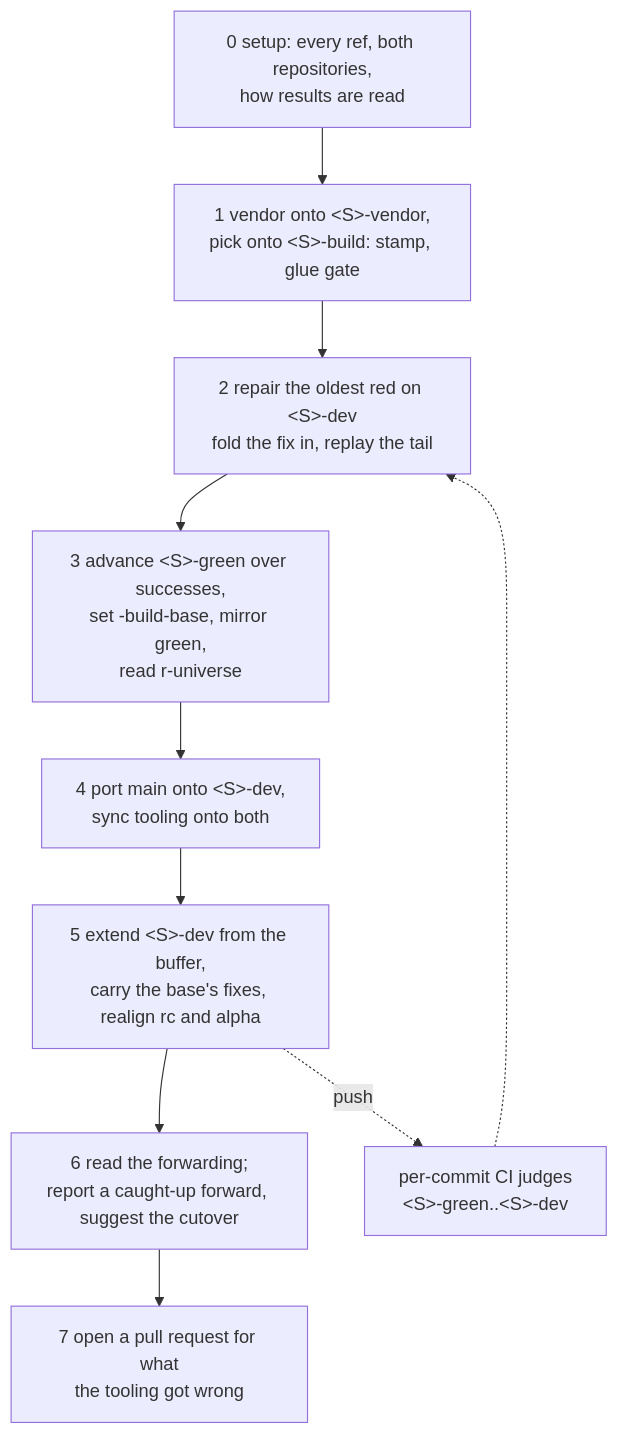
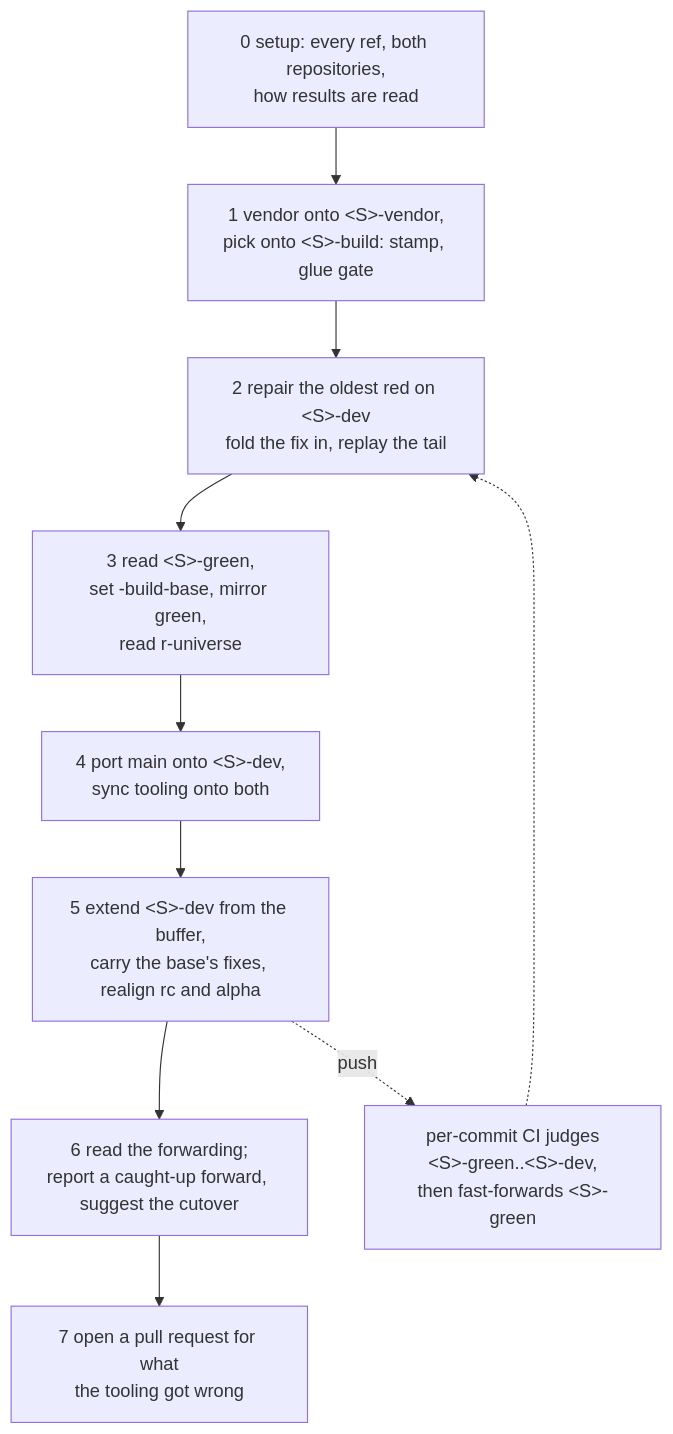
Before and after one commit to duckdb/duckdb-r: the diagram in handbook/operations/vendoring/series-loop/README.md, drawn with Mermaid. The commit also changed other lines of this file and 23 other files, not shown here.

````diff
--- a/handbook/operations/vendoring/series-loop/README.md
+++ b/handbook/operations/vendoring/series-loop/README.md
@@ -121,13 +121,13 @@
 ```mermaid
 flowchart TD
   S0["0 setup: every ref, both repositories,<br>how results are read"] --> S1
   S1["1 vendor onto #60;S#62;-vendor,<br>pick onto #60;S#62;-build: stamp, glue gate"] --> S2
   S2["2 repair the oldest red on #60;S#62;-dev<br>fold the fix in, replay the tail"] --> S3
-  S3["3 advance #60;S#62;-green over successes,<br>set -build-base, mirror green,<br>read r-universe"] --> S4
+  S3["3 read #60;S#62;-green,<br>set -build-base, mirror green,<br>read r-universe"] --> S4
   S4["4 port main onto #60;S#62;-dev,<br>sync tooling onto both"] --> S5
   S5["5 extend #60;S#62;-dev from the buffer,<br>carry the base's fixes, realign rc and alpha"] --> S6
   S6["6 read the forwarding;<br>report a caught-up forward, suggest the cutover"] --> S7
   S7["7 open a pull request for what<br>the tooling got wrong"]
-  CI["per-commit CI judges<br>#60;S#62;-green..#60;S#62;-dev"] -.-> S2
+  CI["per-commit CI judges<br>#60;S#62;-green..#60;S#62;-dev,<br>then fast-forwards #60;S#62;-green"] -.-> S2
   S5 -.->|push| CI
 ```
````
